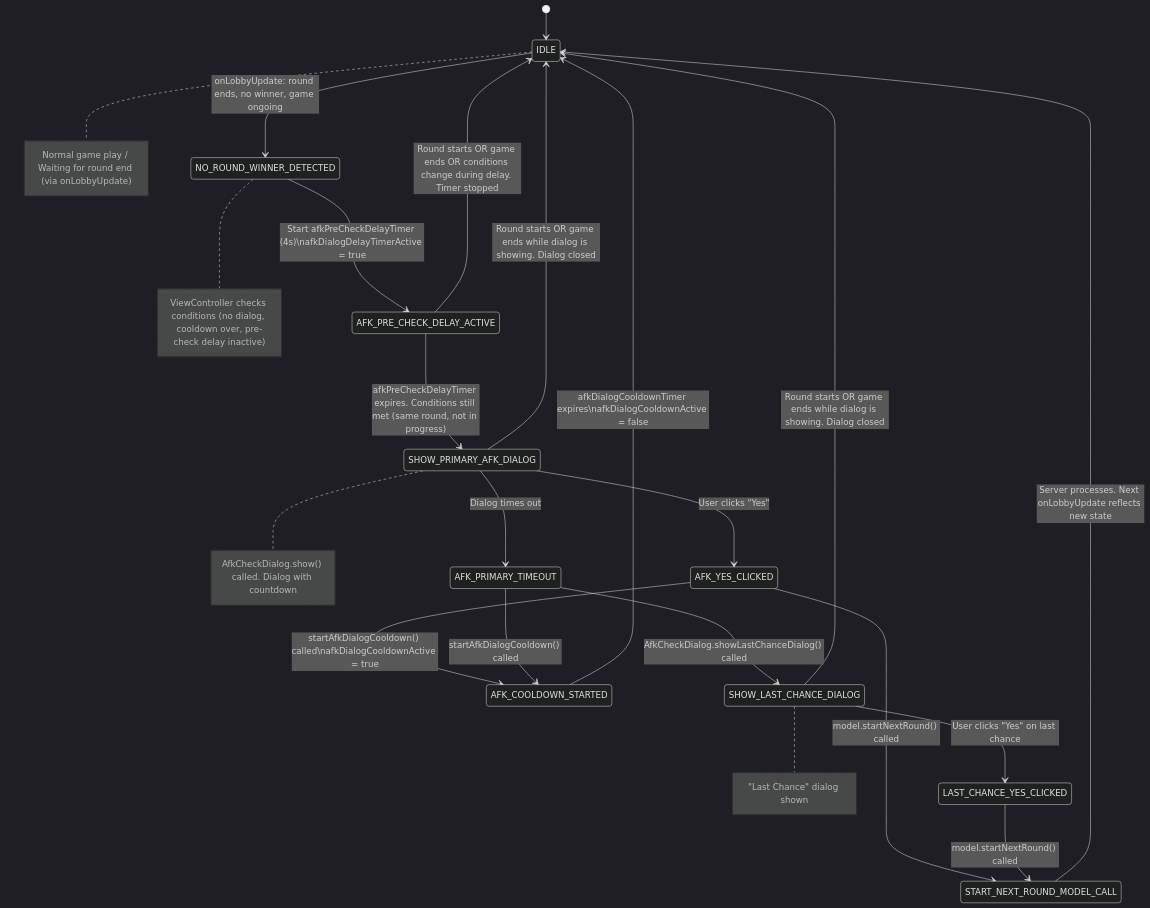
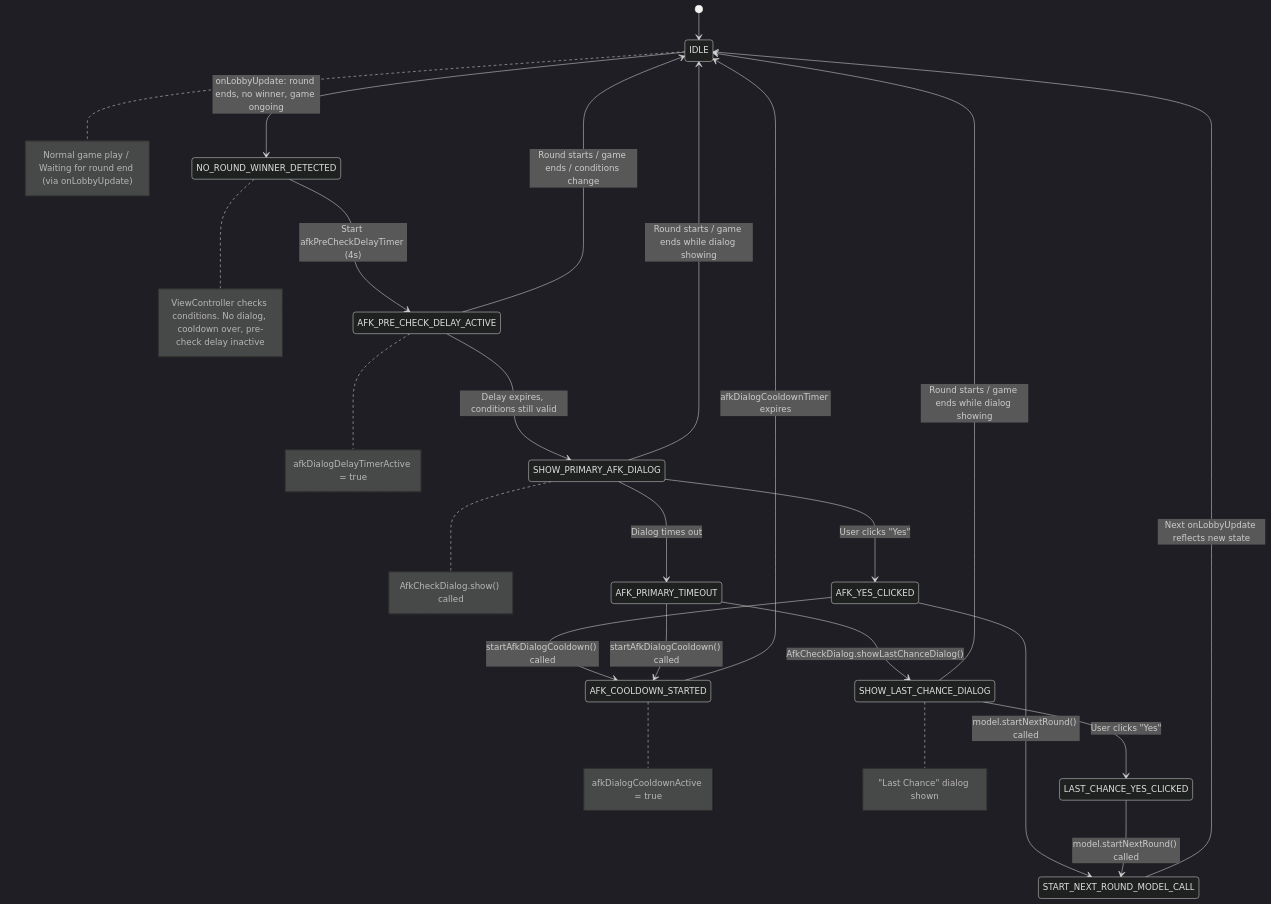
One commit to YuriHa-op/Hangman changed the third of 5 diagrams in MULTIPLAYER_OVERVIEW.md. Above: the diagram before and after it, drawn with Mermaid (dark theme).

````diff
--- a/MULTIPLAYER_OVERVIEW.md
+++ b/MULTIPLAYER_OVERVIEW.md
@@ -342,34 +342,35 @@
 ```mermaid
 stateDiagram-v2
     [*] --> IDLE
     note right of IDLE: Normal game play / Waiting for round end (via onLobbyUpdate)
 
     IDLE --> NO_ROUND_WINNER_DETECTED: onLobbyUpdate: round ends, no winner, game ongoing
-    note right of NO_ROUND_WINNER_DETECTED: ViewController checks conditions (no dialog, cooldown over, pre-check delay inactive)
+    note right of NO_ROUND_WINNER_DETECTED: ViewController checks conditions. No dialog, cooldown over, pre-check delay inactive
 
-    NO_ROUND_WINNER_DETECTED --> AFK_PRE_CHECK_DELAY_ACTIVE : Start afkPreCheckDelayTimer (4s)\nafkDialogDelayTimerActive = true
+    NO_ROUND_WINNER_DETECTED --> AFK_PRE_CHECK_DELAY_ACTIVE: Start afkPreCheckDelayTimer (4s)
+    note right of AFK_PRE_CHECK_DELAY_ACTIVE: afkDialogDelayTimerActive = true
 
-    AFK_PRE_CHECK_DELAY_ACTIVE --> SHOW_PRIMARY_AFK_DIALOG: afkPreCheckDelayTimer expires. Conditions still met (same round, not in progress)
-    AFK_PRE_CHECK_DELAY_ACTIVE --> IDLE: Round starts OR game ends OR conditions change during delay. Timer stopped
+    AFK_PRE_CHECK_DELAY_ACTIVE --> SHOW_PRIMARY_AFK_DIALOG: Delay expires, conditions still valid
+    AFK_PRE_CHECK_DELAY_ACTIVE --> IDLE: Round starts / game ends / conditions change
 
     SHOW_PRIMARY_AFK_DIALOG --> AFK_YES_CLICKED: User clicks "Yes"
     SHOW_PRIMARY_AFK_DIALOG --> AFK_PRIMARY_TIMEOUT: Dialog times out
-    SHOW_PRIMARY_AFK_DIALOG --> IDLE: Round starts OR game ends while dialog is showing. Dialog closed
-    note right of SHOW_PRIMARY_AFK_DIALOG: AfkCheckDialog.show() called. Dialog with countdown
+    SHOW_PRIMARY_AFK_DIALOG --> IDLE: Round starts / game ends while dialog showing
+    note right of SHOW_PRIMARY_AFK_DIALOG: AfkCheckDialog.show() called
 
     AFK_YES_CLICKED --> START_NEXT_ROUND_MODEL_CALL: model.startNextRound() called
-    AFK_YES_CLICKED --> AFK_COOLDOWN_STARTED: startAfkDialogCooldown() called\nafkDialogCooldownActive = true
+    AFK_YES_CLICKED --> AFK_COOLDOWN_STARTED: startAfkDialogCooldown() called
+    note right of AFK_COOLDOWN_STARTED: afkDialogCooldownActive = true
 
-    AFK_PRIMARY_TIMEOUT --> SHOW_LAST_CHANCE_DIALOG: AfkCheckDialog.showLastChanceDialog() called
+    AFK_PRIMARY_TIMEOUT --> SHOW_LAST_CHANCE_DIALOG: AfkCheckDialog.showLastChanceDialog()
     AFK_PRIMARY_TIMEOUT --> AFK_COOLDOWN_STARTED: startAfkDialogCooldown() called
 
-    SHOW_LAST_CHANCE_DIALOG --> LAST_CHANCE_YES_CLICKED: User clicks "Yes" on last chance
-    SHOW_LAST_CHANCE_DIALOG --> IDLE: Round starts OR game ends while dialog is showing. Dialog closed
+    SHOW_LAST_CHANCE_DIALOG --> LAST_CHANCE_YES_CLICKED: User clicks "Yes"
+    SHOW_LAST_CHANCE_DIALOG --> IDLE: Round starts / game ends while dialog showing
     note right of SHOW_LAST_CHANCE_DIALOG: "Last Chance" dialog shown
 
     LAST_CHANCE_YES_CLICKED --> START_NEXT_ROUND_MODEL_CALL: model.startNextRound() called
 
-    START_NEXT_ROUND_MODEL_CALL --> IDLE: Server processes. Next onLobbyUpdate reflects new state
-    AFK_COOLDOWN_STARTED --> IDLE: afkDialogCooldownTimer expires\nafkDialogCooldownActive = false
-
+    START_NEXT_ROUND_MODEL_CALL --> IDLE: Next onLobbyUpdate reflects new state
+    AFK_COOLDOWN_STARTED --> IDLE: afkDialogCooldownTimer expires
 ```
````
